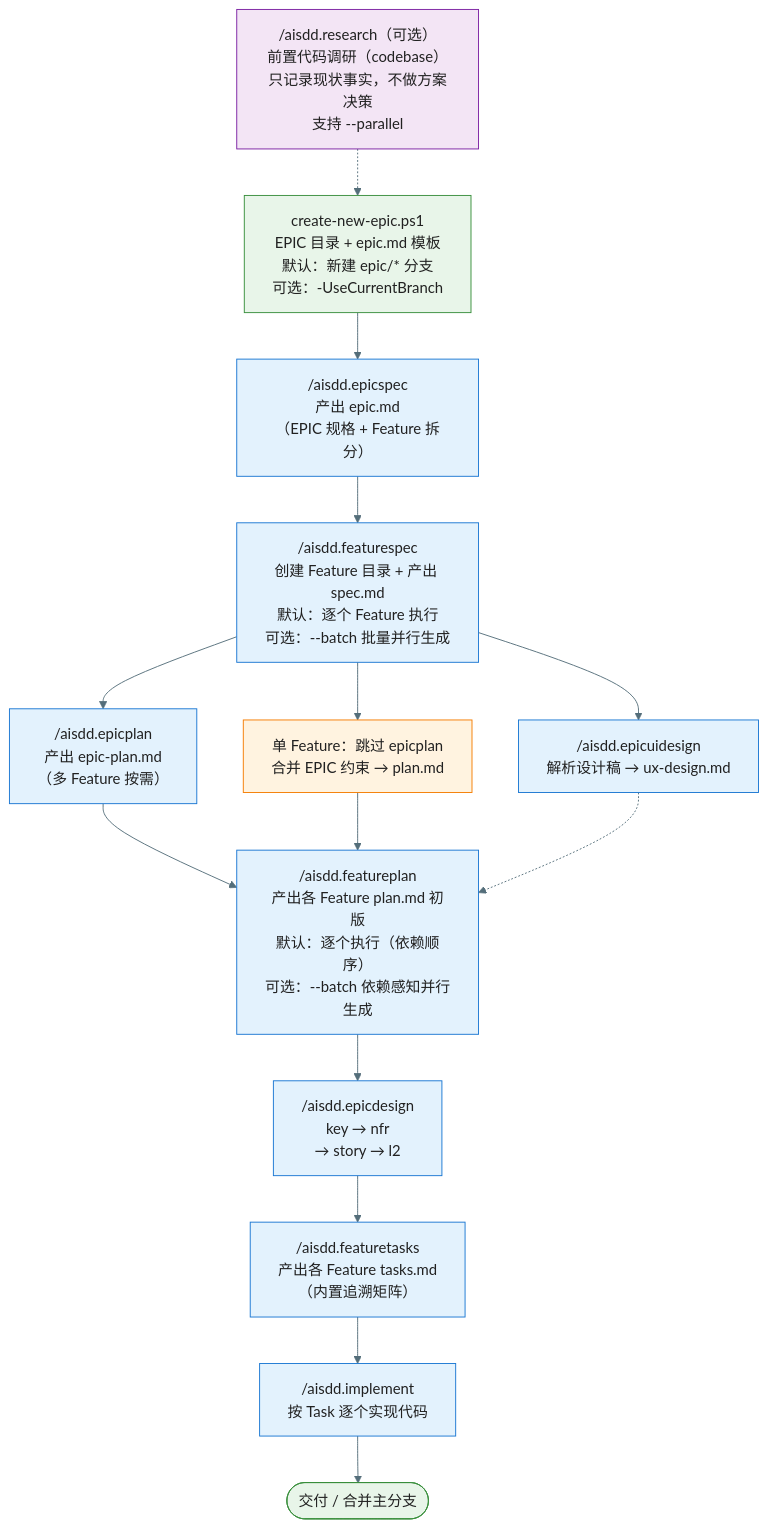
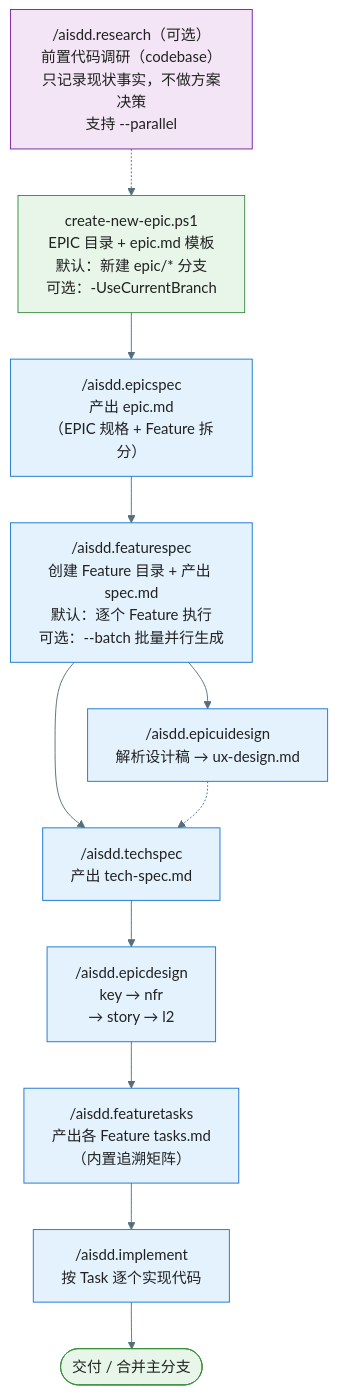
Before and after one commit to jackykarma/Verity: the third of 8 diagrams in docs/aisdd/workflow-overview.md, drawn with Mermaid. The commit also changed other lines of this file and 64 other files, not shown here.

First line of the commit message:
refactor ♻️(AISDD): 合并 epic-plan 与 Feature plan 为 tech-spec.md

````diff
--- a/docs/aisdd/workflow-overview.md
+++ b/docs/aisdd/workflow-overview.md
@@ -161,22 +154,18 @@
 ```mermaid
 %%{init: {'theme': 'base', 'themeVariables': { 'primaryColor': '#E3F2FD', 'primaryTextColor': '#212121', 'primaryBorderColor': '#1976D2', 'lineColor': '#546E7A'}}}%%
 flowchart TD
     Step0["/aisdd.research（可选）<br/>前置代码调研（codebase）<br/>只记录现状事实，不做方案决策<br/>支持 --parallel"] -.-> Step1
     Step1["create-new-epic.ps1<br/>EPIC 目录 + epic.md 模板<br/>默认：新建 epic/* 分支<br/>可选：-UseCurrentBranch"] --> Step2["/aisdd.epicspec<br/>产出 epic.md<br/>（EPIC 规格 + Feature 拆分）"]
     Step2 --> Step3["/aisdd.featurespec<br/>创建 Feature 目录 + 产出 spec.md<br/>默认：逐个 Feature 执行<br/>可选：--batch 批量并行生成"]
-    Step3 --> Step4["/aisdd.epicplan<br/>产出 epic-plan.md<br/>（多 Feature 按需）"]
+    Step3 --> Step4["/aisdd.techspec<br/>产出 tech-spec.md"]
     Step3 --> Step5["/aisdd.epicuidesign<br/>解析设计稿 → ux-design.md"]
-    Step3 --> Step4b["单 Feature：跳过 epicplan<br/>合并 EPIC 约束 → plan.md"]
-    Step4 --> Step6["/aisdd.featureplan<br/>产出各 Feature plan.md 初版<br/>默认：逐个执行（依赖顺序）<br/>可选：--batch 依赖感知并行生成"]
-    Step4b --> Step6
-    Step5 -.-> Step6
-    Step6 --> Step7["/aisdd.epicdesign<br/>key → nfr<br/>→ story → l2"]
+    Step5 -.-> Step4
+    Step4 --> Step7["/aisdd.epicdesign<br/>key → nfr<br/>→ story → l2"]
     Step7 --> Step8["/aisdd.featuretasks<br/>产出各 Feature tasks.md<br/>（内置追溯矩阵）"]
     Step8 --> Step9["/aisdd.implement<br/>按 Task 逐个实现代码"]
     Step9 --> Step10([交付 / 合并主分支])
 
     style Step0 fill:#F3E5F5,stroke:#7B1FA2
     style Step1 fill:#E8F5E9,stroke:#388E3C
-    style Step4b fill:#FFF3E0,stroke:#F57C00
     style Step10 fill:#E8F5E9,stroke:#388E3C
 ```
````
